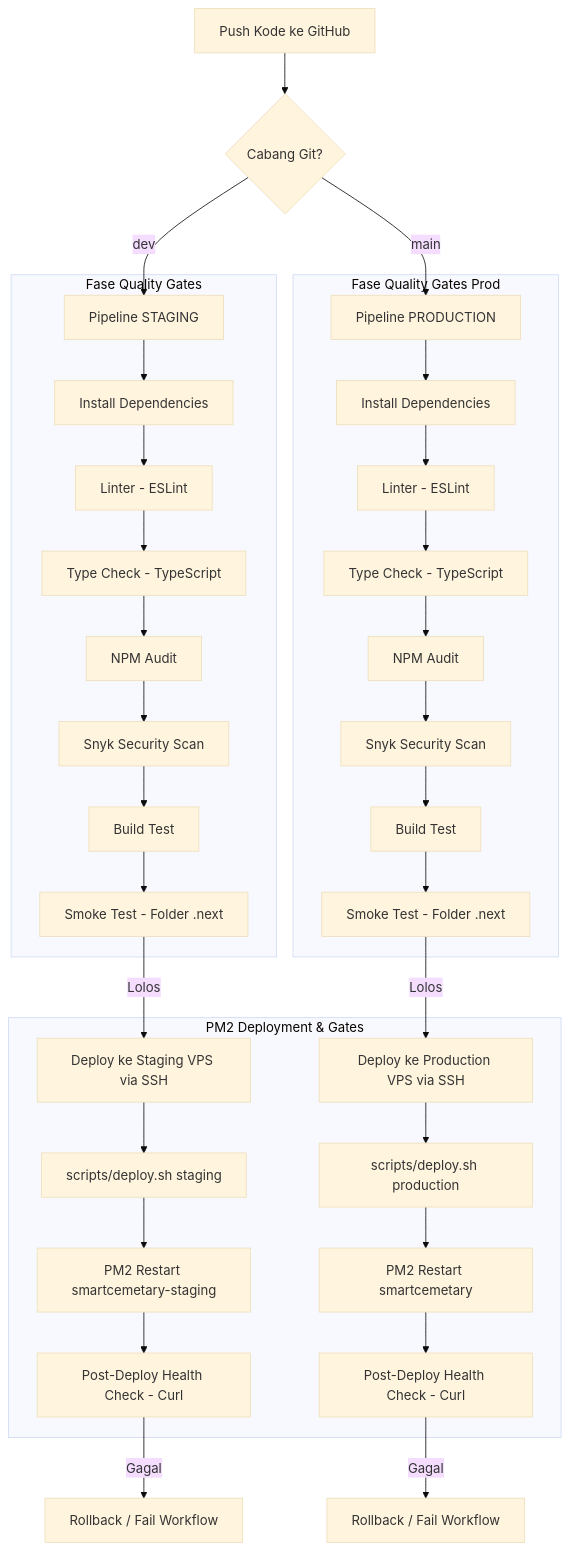
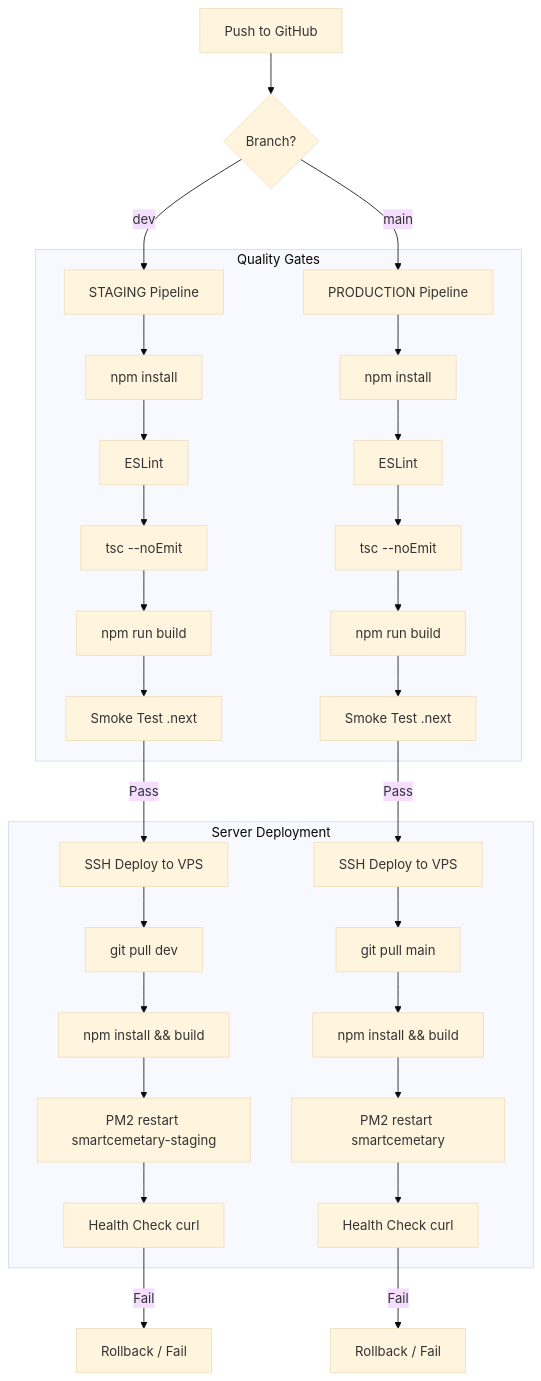
The diagram in README.md (yolookings/capstone-smartcemetary), drawn with Mermaid (base theme) before and after one commit. The commit also changed other lines of this file and 2 other files, not shown here.

````diff
--- a/README.md
+++ b/README.md
@@ -209,42 +517,38 @@
 ```mermaid
 graph TD
-    A[Push Kode ke GitHub] --> B{Cabang Git?}
-    B -- dev --> C[Pipeline STAGING]
-    B -- main --> D[Pipeline PRODUCTION]
-    
-    subgraph Validasi & Keamanan [Fase Quality Gates]
-        C --> C1[Install Dependencies]
-        C1 --> C2[Linter - ESLint]
-        C2 --> C3[Type Check - TypeScript]
-        C3 --> C4[NPM Audit]
-        C4 --> C5[Snyk Security Scan]
-        C5 --> C6[Build Test]
-        C6 --> C7[Smoke Test - Folder .next]
+    A[Push to GitHub] --> B{Branch?}
+    B -->|dev| C[STAGING Pipeline]
+    B -->|main| D[PRODUCTION Pipeline]
+
+    subgraph Quality Gates
+        C --> C1[npm install]
+        C1 --> C2[ESLint]
+        C2 --> C3[tsc --noEmit]
+        C3 --> C4[npm run build]
+        C4 --> C5[Smoke Test .next]
+
+        D --> D1[npm install]
+        D1 --> D2[ESLint]
+        D2 --> D3[tsc --noEmit]
+        D3 --> D4[npm run build]
+        D4 --> D5[Smoke Test .next]
     end
 
-    subgraph Validasi & Keamanan Prod [Fase Quality Gates Prod]
-        D --> D1[Install Dependencies]
-        D1 --> D2[Linter - ESLint]
-        D2 --> D3[Type Check - TypeScript]
-        D3 --> D4[NPM Audit]
-        D4 --> D5[Snyk Security Scan]
-        D5 --> D6[Build Test]
-        D6 --> D7[Smoke Test - Folder .next]
+    C5 -->|Pass| E[SSH Deploy to VPS]
+    D5 -->|Pass| F[SSH Deploy to VPS]
+
+    subgraph VPS [Server Deployment]
+        E --> E1[git pull dev]
+        E1 --> E2[npm install && build]
+        E2 --> E3[PM2 restart smartcemetary-staging]
+        E3 --> E4[Health Check curl]
+
+        F --> F1[git pull main]
+        F1 --> F2[npm install && build]
+        F2 --> F3[PM2 restart smartcemetary]
+        F3 --> F4[Health Check curl]
     end
 
-    C7 -- Lolos --> E[Deploy ke Staging VPS via SSH]
-    D7 -- Lolos --> F[Deploy ke Production VPS via SSH]
-
-    subgraph Server VPS [PM2 Deployment & Gates]
-        E --> E1[scripts/deploy.sh staging]
-        E1 --> E2[PM2 Restart smartcemetary-staging]
-        E2 --> E3[Post-Deploy Health Check - Curl]
-        
-        F --> F1[scripts/deploy.sh production]
-        F1 --> F2[PM2 Restart smartcemetary]
-        F2 --> F3[Post-Deploy Health Check - Curl]
-    end
-
-    E3 -- Gagal --> G[Rollback / Fail Workflow]
-    F3 -- Gagal --> H[Rollback / Fail Workflow]
+    E4 -->|Fail| G[Rollback / Fail]
+    F4 -->|Fail| H[Rollback / Fail]
 ```
````
